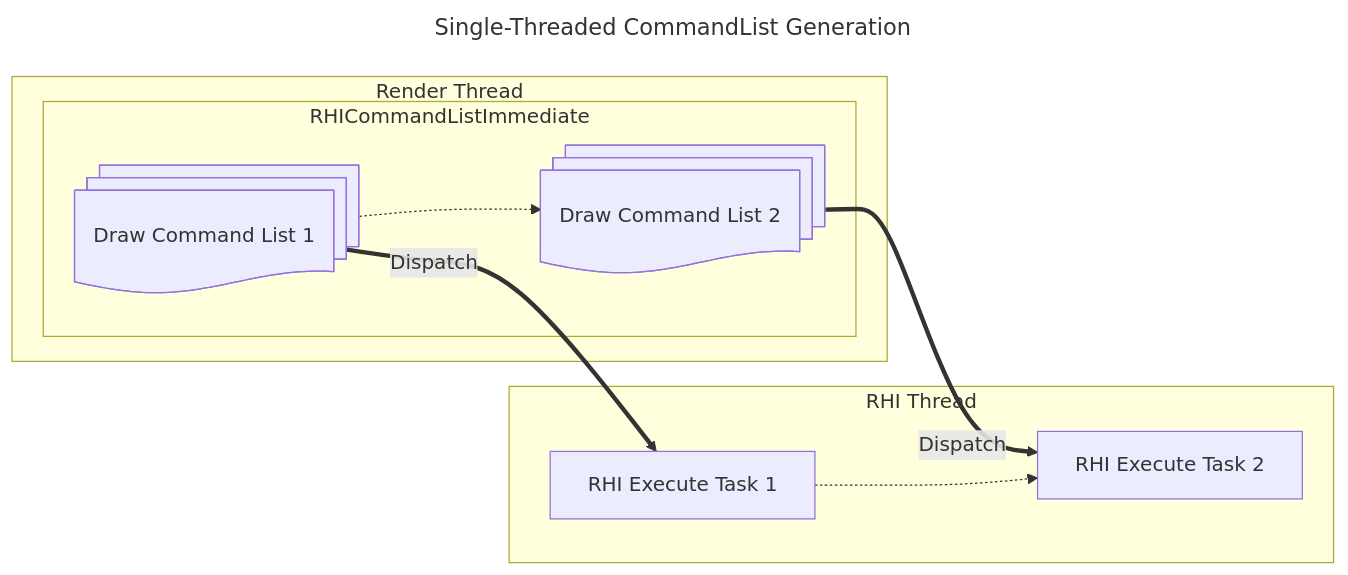
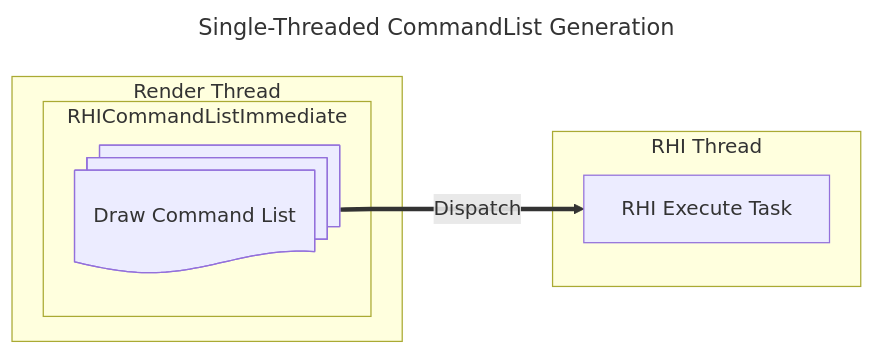
One commit to IdioticProgramApe/IdioticProgramApe.github.io changed the sixth of 7 diagrams in _posts/2025-10-31-unreal-multithreaded-rendering.md. Above: the diagram before and after it, drawn with Mermaid.

````diff
--- a/_posts/2025-10-31-unreal-multithreaded-rendering.md
+++ b/_posts/2025-10-31-unreal-multithreaded-rendering.md
@@ -139,22 +139,17 @@
 ```mermaid
 ---
 title: Single-Threaded CommandList Generation
 ---
 flowchart LR
     subgraph RT [Render Thread]
         subgraph RHICommandListImmediate
-            Draw1@{ shape: docs, label: "Draw Command List 1" }
-            Draw2@{ shape: docs, label: "Draw Command List 2" }
-            Draw1 -.-> Draw2
+            Draw@{ shape: docs, label: "Draw Command List" }
         end
     end
     
-    Draw1 == Dispatch ==> Task1
-    Draw2 == Dispatch ==> Task2
+    Draw == Dispatch ==> Task
     
     subgraph RHI [RHI Thread]
-        Task1["RHI Execute Task 1"]
-        Task2["RHI Execute Task 2"]
-        Task1 -.-> Task2
+        Task["RHI Execute Task"]
     end
 ```
````
